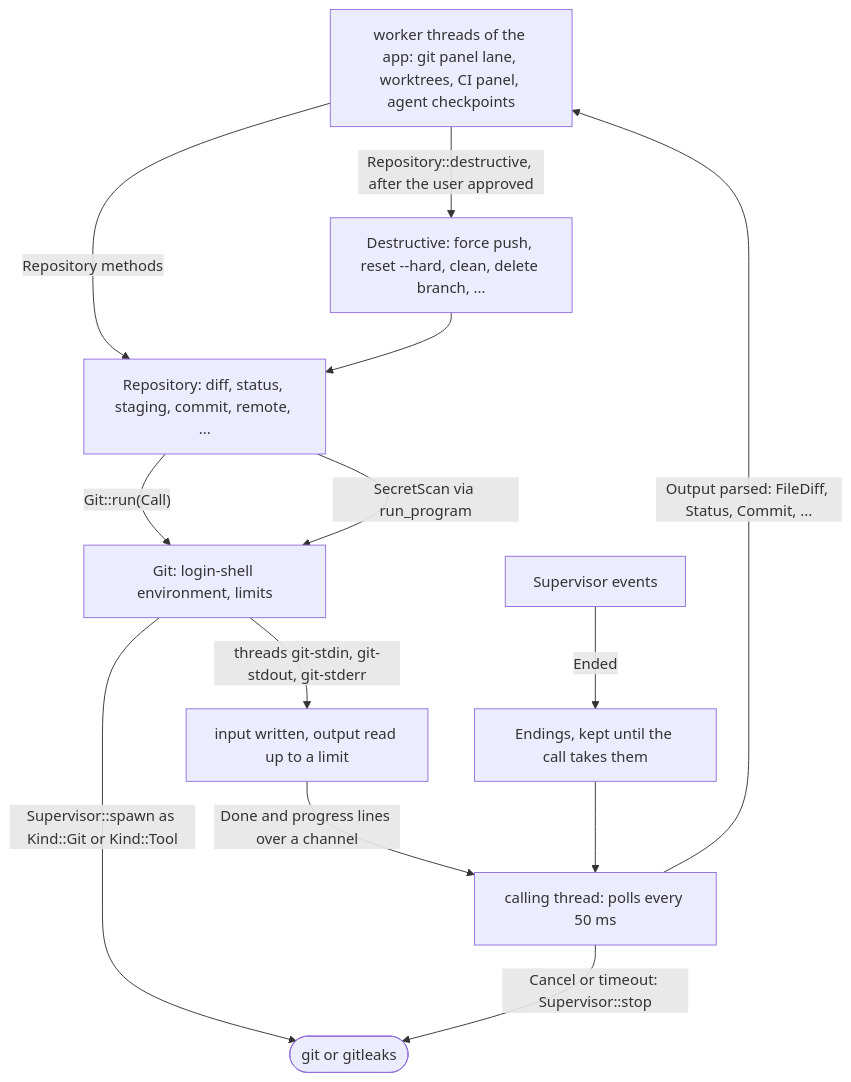
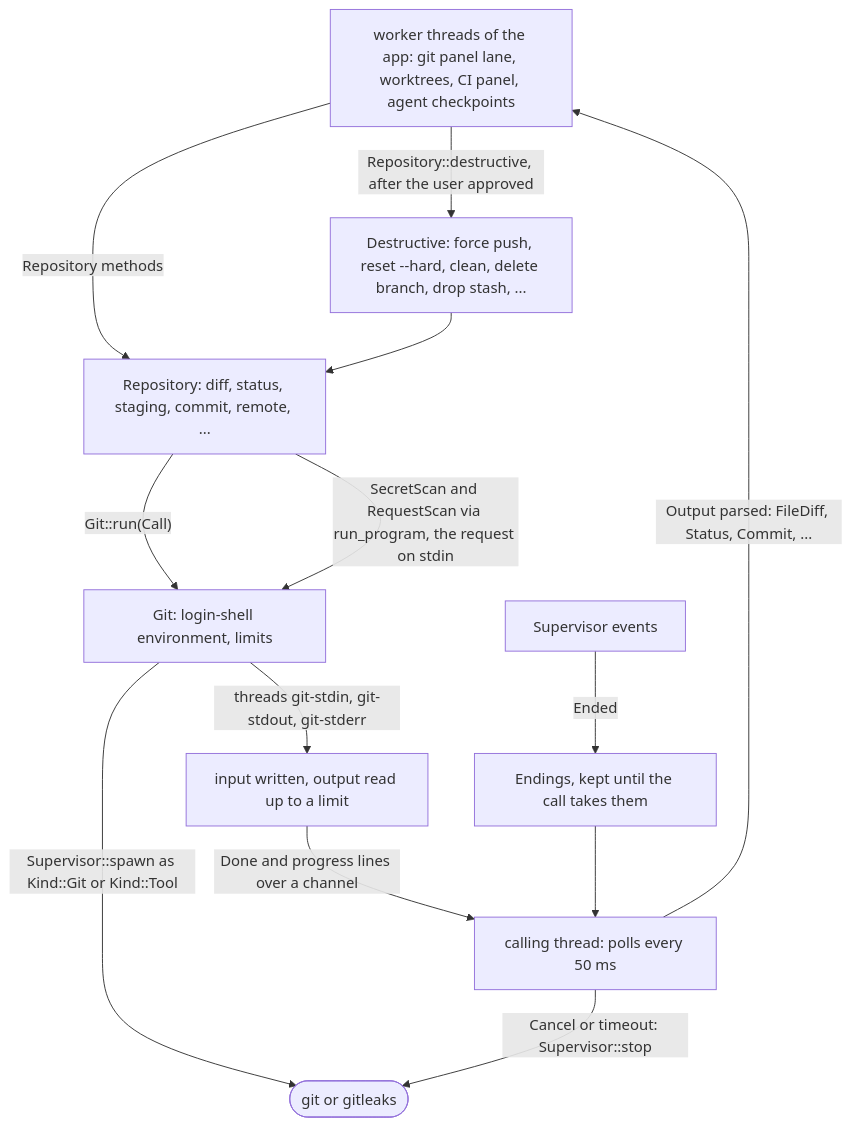
One commit to sventmueller/dango changed the diagram in crates/ide-git/README.md. Above: the diagram before and after it, drawn with Mermaid. The commit also changed other lines of this file and 74 other files, not shown here.

````diff
--- a/crates/ide-git/README.md
+++ b/crates/ide-git/README.md
@@ -8,15 +9,15 @@
 ```mermaid
 flowchart TB
     callers["worker threads of the app: git panel lane, worktrees, CI panel, agent checkpoints"] -->|"Repository methods"| repo["Repository: diff, status, staging, commit, remote, ..."]
-    callers -->|"Repository::destructive, after the user approved"| destructive["Destructive: force push, reset --hard, clean, delete branch, ..."]
+    callers -->|"Repository::destructive, after the user approved"| destructive["Destructive: force push, reset --hard, clean, delete branch, drop stash, ..."]
     destructive --> repo
     repo -->|"Git::run(Call)"| run["Git: login-shell environment, limits"]
-    repo -->|"SecretScan via run_program"| run
+    repo -->|"SecretScan and RequestScan via run_program, the request on stdin"| run
     run -->|"Supervisor::spawn as Kind::Git or Kind::Tool"| process(["git or gitleaks"])
     run -->|"threads git-stdin, git-stdout, git-stderr"| pipes["input written, output read up to a limit"]
     pipes -->|"Done and progress lines over a channel"| loop["calling thread: polls every 50 ms"]
     loop -->|"Cancel or timeout: Supervisor::stop"| process
     supervisor["Supervisor events"] -->|"Ended"| exits["Endings, kept until the call takes them"]
     exits --> loop
     loop -->|"Output parsed: FileDiff, Status, Commit, ..."| callers
 ```
````
